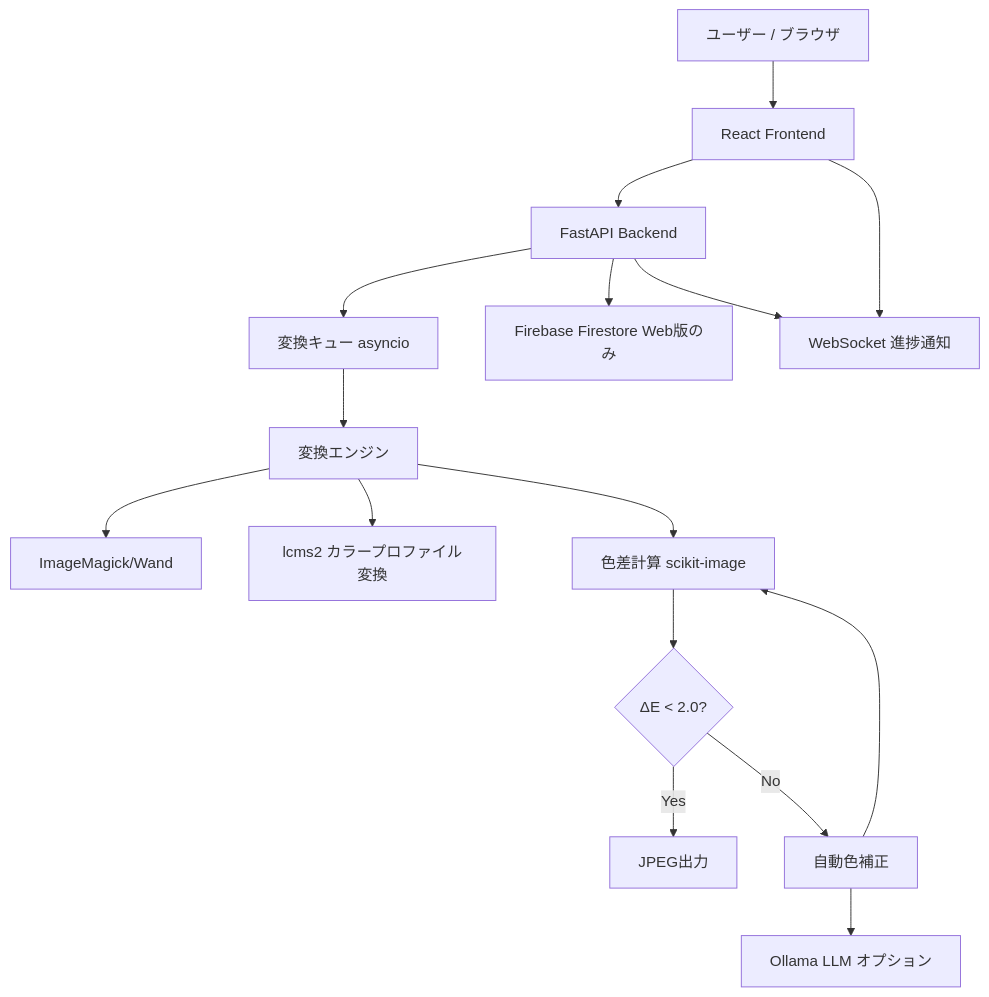
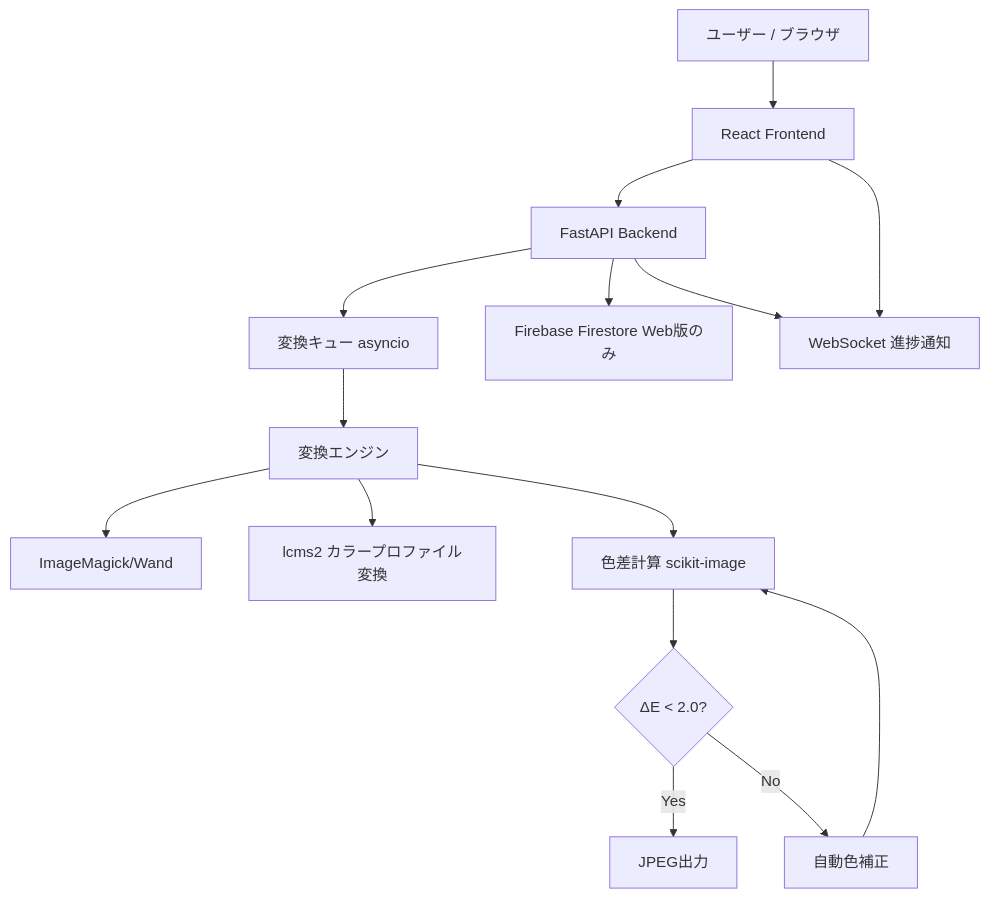
Before and after one commit to sayasurvey/chroma-sync: the diagram in .spec-workflow/specs/design.md, drawn with Mermaid. The commit also changed other lines of this file and 17 other files, not shown here.

````diff
--- a/.spec-workflow/specs/design.md
+++ b/.spec-workflow/specs/design.md
@@ -35,18 +33,17 @@
 ```mermaid
 graph TD
     User[ユーザー / ブラウザ] --> Frontend[React Frontend]
     Frontend --> API[FastAPI Backend]
     API --> Queue[変換キュー asyncio]
     Queue --> ConvEngine[変換エンジン]
     ConvEngine --> IMagick[ImageMagick/Wand]
     ConvEngine --> LCMS[lcms2 カラープロファイル変換]
     ConvEngine --> ColorDiff[色差計算 scikit-image]
     ColorDiff --> Decision{ΔE < 2.0?}
     Decision -->|Yes| Output[JPEG出力]
     Decision -->|No| AutoFix[自動色補正]
     AutoFix --> ColorDiff
-    AutoFix --> LLM[Ollama LLM オプション]
     API --> Firebase[Firebase Firestore Web版のみ]
     API --> WS[WebSocket 進捗通知]
     Frontend --> WS
 ```
````
